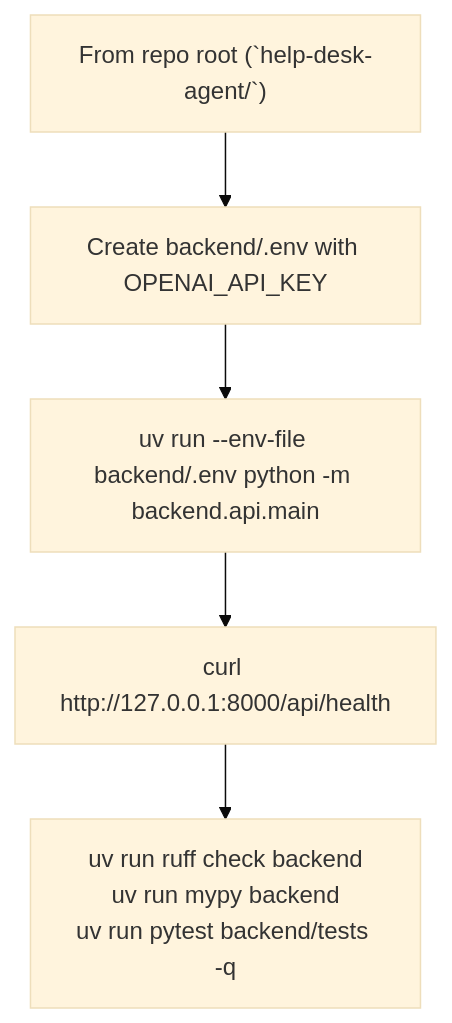
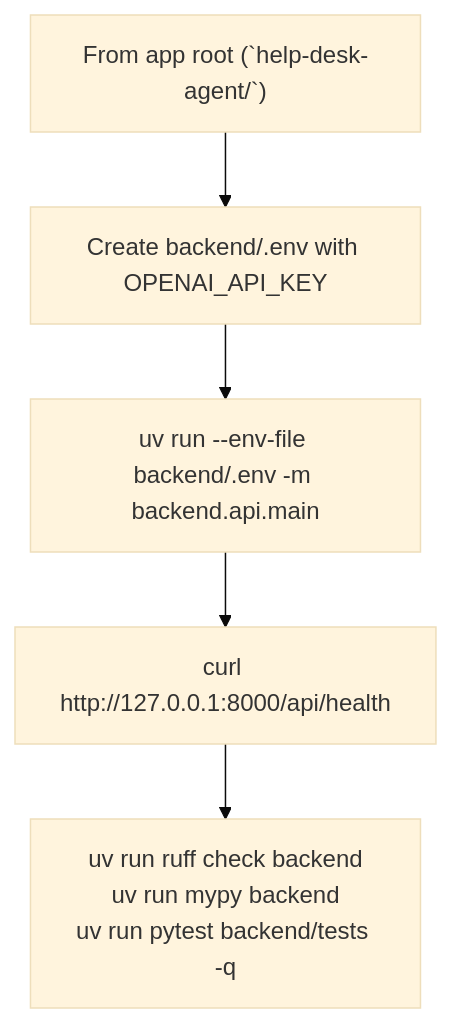
Before and after one commit to JoanClaverolVolotea/help-desk-agents: the sixth of 6 diagrams in help-desk-agent/backend/README.md, drawn with Mermaid (base theme). The commit also changed other lines of this file and 24 other files, not shown here.

Commit message:
Sync upstream docs and finalize help-desk setup improvements

````diff
--- a/help-desk-agent/backend/README.md
+++ b/help-desk-agent/backend/README.md
@@ -180,10 +183,10 @@
 ```mermaid
 flowchart TD
-    START["From repo root (`help-desk-agent/`)"]
+    START["From app root (`help-desk-agent/`)"]
     ENV["Create backend/.env with OPENAI_API_KEY"]
-    RUN["uv run --env-file backend/.env python -m backend.api.main"]
+    RUN["uv run --env-file backend/.env -m backend.api.main"]
     HEALTH["curl http://127.0.0.1:8000/api/health"]
     CHECKS["uv run ruff check backend\nuv run mypy backend\nuv run pytest backend/tests -q"]
 
     START --> ENV --> RUN --> HEALTH --> CHECKS
 ```
````
